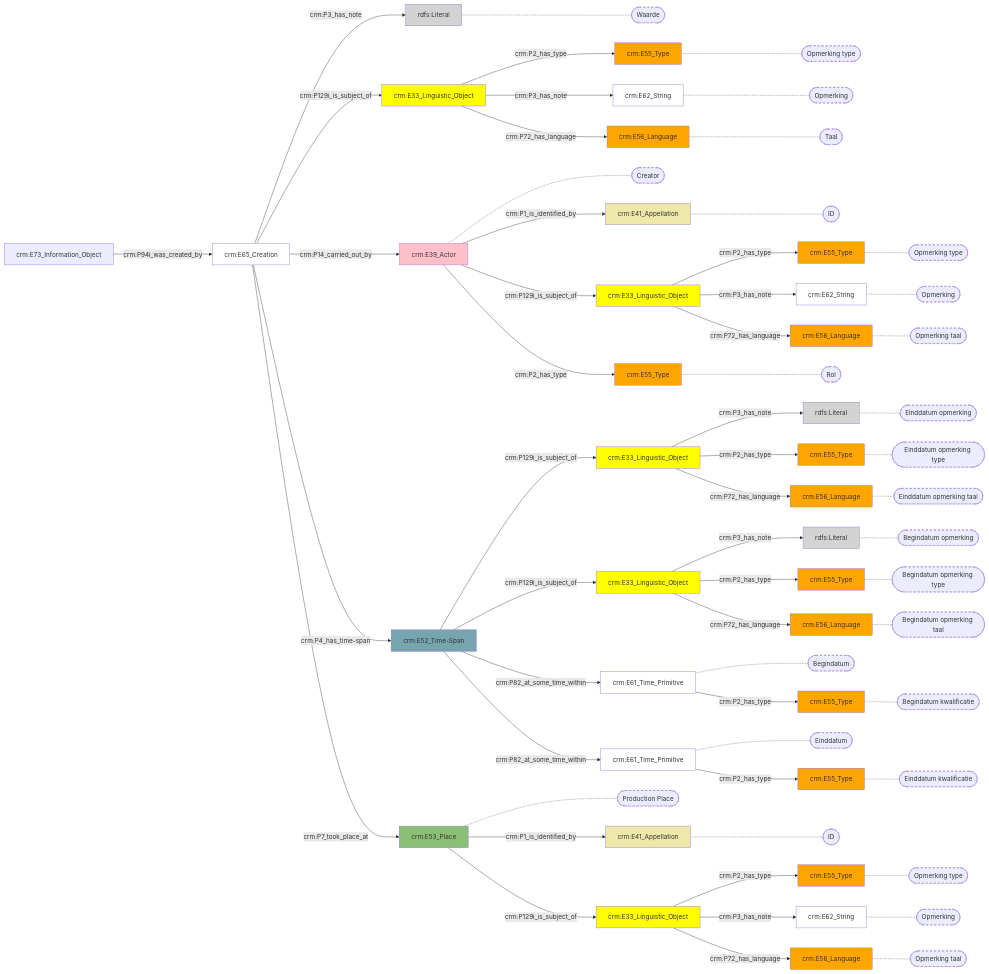
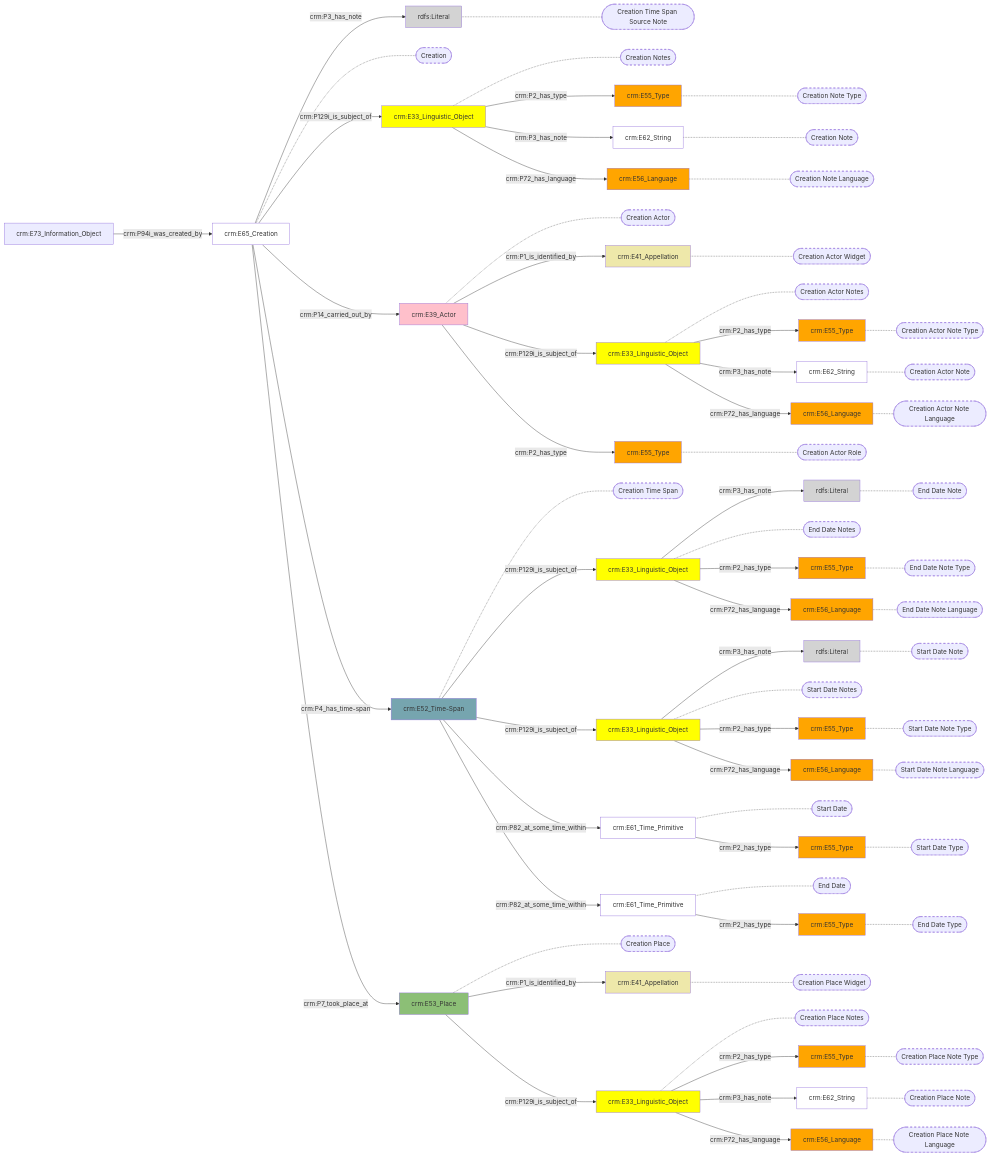
One commit to digipolisantwerpdocumentation/antwerp-cultureel-erfgoed changed the diagram in docs/content/modellen/ArchiefItemImmaterieel/Creatie.md. Above: the diagram before and after it, drawn with Mermaid. The commit also changed 167 other files, not shown here.

```diff
--- a/docs/content/modellen/ArchiefItemImmaterieel/Creatie.md
+++ b/docs/content/modellen/ArchiefItemImmaterieel/Creatie.md
@@ -3,56 +3,38 @@
 2f62e096-a5fe-11ec-b19f-9cf387da2c40["crm:E65_Creation"]-->|"crm:P3_has_note"|2f6242a8-a5fe-11ec-b19f-9cf387da2c40(rdfs:Literal)
 2f6384ba-a5fe-11ec-b19f-9cf387da2c40["crm:E33_Linguistic_Object"]-->|"crm:P3_has_note"|2f638a8c-a5fe-11ec-b19f-9cf387da2c40(rdfs:Literal)
 2f638cd0-a5fe-11ec-b19f-9cf387da2c40["crm:E33_Linguistic_Object"]-->|"crm:P3_has_note"|2f63835c-a5fe-11ec-b19f-9cf387da2c40(rdfs:Literal)
-2f638848-a5fe-11ec-b19f-9cf387da2c40["crm:E61_Time_Primitive"]-.-2f638848-a5fe-11ec-b19f-9cf387da2c40_s(["Begindatum"])
-2f638c44-a5fe-11ec-b19f-9cf387da2c40["crm:E61_Time_Primitive"]-.-2f638c44-a5fe-11ec-b19f-9cf387da2c40_s(["Einddatum"])
-2f636f8e-a5fe-11ec-b19f-9cf387da2c40["crm:E55_Type"]-.-2f636f8e-a5fe-11ec-b19f-9cf387da2c40_s(["Opmerking type"])
-2f6368ae-a5fe-11ec-b19f-9cf387da2c40["crm:E62_String"]-.-2f6368ae-a5fe-11ec-b19f-9cf387da2c40_s(["Opmerking"])
-2f638186-a5fe-11ec-b19f-9cf387da2c40["crm:E56_Language"]-.-2f638186-a5fe-11ec-b19f-9cf387da2c40_s(["Taal"])
-2f63867c-a5fe-11ec-b19f-9cf387da2c40["crm:E41_Appellation"]-.-2f63867c-a5fe-11ec-b19f-9cf387da2c40_s(["ID"])
-2f6382c6-a5fe-11ec-b19f-9cf387da2c40["crm:E41_Appellation"]-.-2f6382c6-a5fe-11ec-b19f-9cf387da2c40_s(["ID"])
-2f63940a-a5fe-11ec-b19f-9cf387da2c40["crm:E55_Type"]-.-2f63940a-a5fe-11ec-b19f-9cf387da2c40_s(["Rol"])
-2f62d240-a5fe-11ec-b19f-9cf387da2c40["crm:E39_Actor"]-.-2f62d240-a5fe-11ec-b19f-9cf387da2c40_s(["Creator"])
-2f6242a8-a5fe-11ec-b19f-9cf387da2c40["rdfs:Literal"]-.-2f6242a8-a5fe-11ec-b19f-9cf387da2c40_s(["Waarde"])
-2f62c5a2-a5fe-11ec-b19f-9cf387da2c40["crm:E53_Place"]-.-2f62c5a2-a5fe-11ec-b19f-9cf387da2c40_s(["Production Place"])
-2f638712-a5fe-11ec-b19f-9cf387da2c40["crm:E55_Type"]-.-2f638712-a5fe-11ec-b19f-9cf387da2c40_s(["Opmerking type"])
-2f6385dc-a5fe-11ec-b19f-9cf387da2c40["crm:E62_String"]-.-2f6385dc-a5fe-11ec-b19f-9cf387da2c40_s(["Opmerking"])
-2f638bae-a5fe-11ec-b19f-9cf387da2c40["crm:E56_Language"]-.-2f638bae-a5fe-11ec-b19f-9cf387da2c40_s(["Opmerking taal"])
-2f638dfc-a5fe-11ec-b19f-9cf387da2c40["crm:E55_Type"]-.-2f638dfc-a5fe-11ec-b19f-9cf387da2c40_s(["Einddatum opmerking type"])
-2f638a8c-a5fe-11ec-b19f-9cf387da2c40["rdfs:Literal"]-.-2f638a8c-a5fe-11ec-b19f-9cf387da2c40_s(["Einddatum opmerking"])
-2f638550-a5fe-11ec-b19f-9cf387da2c40["crm:E56_Language"]-.-2f638550-a5fe-11ec-b19f-9cf387da2c40_s(["Einddatum opmerking taal"])
-2f638424-a5fe-11ec-b19f-9cf387da2c40["crm:E55_Type"]-.-2f638424-a5fe-11ec-b19f-9cf387da2c40_s(["Begindatum kwalificatie"])
-2f639252-a5fe-11ec-b19f-9cf387da2c40["crm:E55_Type"]-.-2f639252-a5fe-11ec-b19f-9cf387da2c40_s(["Opmerking type"])
-2f638b22-a5fe-11ec-b19f-9cf387da2c40["crm:E62_String"]-.-2f638b22-a5fe-11ec-b19f-9cf387da2c40_s(["Opmerking"])
-2f63954a-a5fe-11ec-b19f-9cf387da2c40["crm:E56_Language"]-.-2f63954a-a5fe-11ec-b19f-9cf387da2c40_s(["Opmerking taal"])
-2f6388d4-a5fe-11ec-b19f-9cf387da2c40["crm:E55_Type"]-.-2f6388d4-a5fe-11ec-b19f-9cf387da2c40_s(["Einddatum kwalificatie"])
-2f6380e6-a5fe-11ec-b19f-9cf387da2c40["crm:E55_Type"]-.-2f6380e6-a5fe-11ec-b19f-9cf387da2c40_s(["Begindatum opmerking type"])
-2f63835c-a5fe-11ec-b19f-9cf387da2c40["rdfs:Literal"]-.-2f63835c-a5fe-11ec-b19f-9cf387da2c40_s(["Begindatum opmerking"])
-2f6389f6-a5fe-11ec-b19f-9cf387da2c40["crm:E56_Language"]-.-2f6389f6-a5fe-11ec-b19f-9cf387da2c40_s(["Begindatum opmerking taal"])
-style 2f638848-a5fe-11ec-b19f-9cf387da2c40_s stroke-dasharray: 5
-style 2f638c44-a5fe-11ec-b19f-9cf387da2c40_s stroke-dasharray: 5
-style 2f636f8e-a5fe-11ec-b19f-9cf387da2c40_s stroke-dasharray: 5
-style 2f6368ae-a5fe-11ec-b19f-9cf387da2c40_s stroke-dasharray: 5
-style 2f638186-a5fe-11ec-b19f-9cf387da2c40_s stroke-dasharray: 5
-style 2f63867c-a5fe-11ec-b19f-9cf387da2c40_s stroke-dasharray: 5
-style 2f6382c6-a5fe-11ec-b19f-9cf387da2c40_s stroke-dasharray: 5
-style 2f63940a-a5fe-11ec-b19f-9cf387da2c40_s stroke-dasharray: 5
-style 2f62d240-a5fe-11ec-b19f-9cf387da2c40_s stroke-dasharray: 5
-style 2f6242a8-a5fe-11ec-b19f-9cf387da2c40_s stroke-dasharray: 5
-style 2f62c5a2-a5fe-11ec-b19f-9cf387da2c40_s stroke-dasharray: 5
-style 2f638712-a5fe-11ec-b19f-9cf387da2c40_s stroke-dasharray: 5
-style 2f6385dc-a5fe-11ec-b19f-9cf387da2c40_s stroke-dasharray: 5
-style 2f638bae-a5fe-11ec-b19f-9cf387da2c40_s stroke-dasharray: 5
-style 2f638dfc-a5fe-11ec-b19f-9cf387da2c40_s stroke-dasharray: 5
-style 2f638a8c-a5fe-11ec-b19f-9cf387da2c40_s stroke-dasharray: 5
-style 2f638550-a5fe-11ec-b19f-9cf387da2c40_s stroke-dasharray: 5
-style 2f638424-a5fe-11ec-b19f-9cf387da2c40_s stroke-dasharray: 5
-style 2f639252-a5fe-11ec-b19f-9cf387da2c40_s stroke-dasharray: 5
-style 2f638b22-a5fe-11ec-b19f-9cf387da2c40_s stroke-dasharray: 5
-style 2f63954a-a5fe-11ec-b19f-9cf387da2c40_s stroke-dasharray: 5
-style 2f6388d4-a5fe-11ec-b19f-9cf387da2c40_s stroke-dasharray: 5
-style 2f6380e6-a5fe-11ec-b19f-9cf387da2c40_s stroke-dasharray: 5
-style 2f63835c-a5fe-11ec-b19f-9cf387da2c40_s stroke-dasharray: 5
-style 2f6389f6-a5fe-11ec-b19f-9cf387da2c40_s stroke-dasharray: 5
+2f6384ba-a5fe-11ec-b19f-9cf387da2c40["crm:E33_Linguistic_Object"]-.-2f6384ba-a5fe-11ec-b19f-9cf387da2c40_s(["End Date Notes"])
+2f638cd0-a5fe-11ec-b19f-9cf387da2c40["crm:E33_Linguistic_Object"]-.-2f638cd0-a5fe-11ec-b19f-9cf387da2c40_s(["Start Date Notes"])
+2f638848-a5fe-11ec-b19f-9cf387da2c40["crm:E61_Time_Primitive"]-.-2f638848-a5fe-11ec-b19f-9cf387da2c40_s(["Start Date"])
+2f638c44-a5fe-11ec-b19f-9cf387da2c40["crm:E61_Time_Primitive"]-.-2f638c44-a5fe-11ec-b19f-9cf387da2c40_s(["End Date"])
+2f636f8e-a5fe-11ec-b19f-9cf387da2c40["crm:E55_Type"]-.-2f636f8e-a5fe-11ec-b19f-9cf387da2c40_s(["Creation Note Type"])
+2f6368ae-a5fe-11ec-b19f-9cf387da2c40["crm:E62_String"]-.-2f6368ae-a5fe-11ec-b19f-9cf387da2c40_s(["Creation Note"])
+2f638186-a5fe-11ec-b19f-9cf387da2c40["crm:E56_Language"]-.-2f638186-a5fe-11ec-b19f-9cf387da2c40_s(["Creation Note Language"])
+2f63867c-a5fe-11ec-b19f-9cf387da2c40["crm:E41_Appellation"]-.-2f63867c-a5fe-11ec-b19f-9cf387da2c40_s(["Creation Place Widget"])
+2f63896a-a5fe-11ec-b19f-9cf387da2c40["crm:E33_Linguistic_Object"]-.-2f63896a-a5fe-11ec-b19f-9cf387da2c40_s(["Creation Place Notes"])
+2f6382c6-a5fe-11ec-b19f-9cf387da2c40["crm:E41_Appellation"]-.-2f6382c6-a5fe-11ec-b19f-9cf387da2c40_s(["Creation Actor Widget"])
+2f638230-a5fe-11ec-b19f-9cf387da2c40["crm:E33_Linguistic_Object"]-.-2f638230-a5fe-11ec-b19f-9cf387da2c40_s(["Creation Actor Notes"])
+2f63940a-a5fe-11ec-b19f-9cf387da2c40["crm:E55_Type"]-.-2f63940a-a5fe-11ec-b19f-9cf387da2c40_s(["Creation Actor Role"])
+2f62b990-a5fe-11ec-b19f-9cf387da2c40["crm:E33_Linguistic_Object"]-.-2f62b990-a5fe-11ec-b19f-9cf387da2c40_s(["Creation Notes"])
+2f62d240-a5fe-11ec-b19f-9cf387da2c40["crm:E39_Actor"]-.-2f62d240-a5fe-11ec-b19f-9cf387da2c40_s(["Creation Actor"])
+2f6242a8-a5fe-11ec-b19f-9cf387da2c40["rdfs:Literal"]-.-2f6242a8-a5fe-11ec-b19f-9cf387da2c40_s(["Creation Time Span Source Note"])
+2f62ac52-a5fe-11ec-b19f-9cf387da2c40["crm:E52_Time-Span"]-.-2f62ac52-a5fe-11ec-b19f-9cf387da2c40_s(["Creation Time Span"])
+2f62c5a2-a5fe-11ec-b19f-9cf387da2c40["crm:E53_Place"]-.-2f62c5a2-a5fe-11ec-b19f-9cf387da2c40_s(["Creation Place"])
+2f638712-a5fe-11ec-b19f-9cf387da2c40["crm:E55_Type"]-.-2f638712-a5fe-11ec-b19f-9cf387da2c40_s(["Creation Actor Note Type"])
+2f6385dc-a5fe-11ec-b19f-9cf387da2c40["crm:E62_String"]-.-2f6385dc-a5fe-11ec-b19f-9cf387da2c40_s(["Creation Actor Note"])
+2f638bae-a5fe-11ec-b19f-9cf387da2c40["crm:E56_Language"]-.-2f638bae-a5fe-11ec-b19f-9cf387da2c40_s(["Creation Actor Note Language"])
+2f638dfc-a5fe-11ec-b19f-9cf387da2c40["crm:E55_Type"]-.-2f638dfc-a5fe-11ec-b19f-9cf387da2c40_s(["End Date Note Type"])
+2f638a8c-a5fe-11ec-b19f-9cf387da2c40["rdfs:Literal"]-.-2f638a8c-a5fe-11ec-b19f-9cf387da2c40_s(["End Date Note"])
+2f638550-a5fe-11ec-b19f-9cf387da2c40["crm:E56_Language"]-.-2f638550-a5fe-11ec-b19f-9cf387da2c40_s(["End Date Note Language"])
+2f638424-a5fe-11ec-b19f-9cf387da2c40["crm:E55_Type"]-.-2f638424-a5fe-11ec-b19f-9cf387da2c40_s(["Start Date Type"])
+2f639252-a5fe-11ec-b19f-9cf387da2c40["crm:E55_Type"]-.-2f639252-a5fe-11ec-b19f-9cf387da2c40_s(["Creation Place Note Type"])
+2f638b22-a5fe-11ec-b19f-9cf387da2c40["crm:E62_String"]-.-2f638b22-a5fe-11ec-b19f-9cf387da2c40_s(["Creation Place Note"])
+2f63954a-a5fe-11ec-b19f-9cf387da2c40["crm:E56_Language"]-.-2f63954a-a5fe-11ec-b19f-9cf387da2c40_s(["Creation Place Note Language"])
+2f6388d4-a5fe-11ec-b19f-9cf387da2c40["crm:E55_Type"]-.-2f6388d4-a5fe-11ec-b19f-9cf387da2c40_s(["End Date Type"])
+2f6380e6-a5fe-11ec-b19f-9cf387da2c40["crm:E55_Type"]-.-2f6380e6-a5fe-11ec-b19f-9cf387da2c40_s(["Start Date Note Type"])
+2f63835c-a5fe-11ec-b19f-9cf387da2c40["rdfs:Literal"]-.-2f63835c-a5fe-11ec-b19f-9cf387da2c40_s(["Start Date Note"])
+2f6389f6-a5fe-11ec-b19f-9cf387da2c40["crm:E56_Language"]-.-2f6389f6-a5fe-11ec-b19f-9cf387da2c40_s(["Start Date Note Language"])
+2f62e096-a5fe-11ec-b19f-9cf387da2c40["crm:E65_Creation"]-.-2f62e096-a5fe-11ec-b19f-9cf387da2c40_s(["Creation"])
 2f62ac52-a5fe-11ec-b19f-9cf387da2c40["crm:E52_Time-Span"]-->|"crm:P129i_is_subject_of"|2f6384ba-a5fe-11ec-b19f-9cf387da2c40["crm:E33_Linguistic_Object"]
 2f62ac52-a5fe-11ec-b19f-9cf387da2c40["crm:E52_Time-Span"]-->|"crm:P129i_is_subject_of"|2f638cd0-a5fe-11ec-b19f-9cf387da2c40["crm:E33_Linguistic_Object"]
 2f62ac52-a5fe-11ec-b19f-9cf387da2c40["crm:E52_Time-Span"]-->|"crm:P82_at_some_time_within"|2f638848-a5fe-11ec-b19f-9cf387da2c40["crm:E61_Time_Primitive"]
@@ -82,6 +64,38 @@
 2f638cd0-a5fe-11ec-b19f-9cf387da2c40["crm:E33_Linguistic_Object"]-->|"crm:P2_has_type"|2f6380e6-a5fe-11ec-b19f-9cf387da2c40["crm:E55_Type"]
 2f638cd0-a5fe-11ec-b19f-9cf387da2c40["crm:E33_Linguistic_Object"]-->|"crm:P72_has_language"|2f6389f6-a5fe-11ec-b19f-9cf387da2c40["crm:E56_Language"]
 2f63ae40-a5fe-11ec-b19f-9cf387da2c40["crm:E73_Information_Object"]-->|"crm:P94i_was_created_by"|2f62e096-a5fe-11ec-b19f-9cf387da2c40["crm:E65_Creation"]
+style 2f6384ba-a5fe-11ec-b19f-9cf387da2c40_s stroke-dasharray: 5
+style 2f638cd0-a5fe-11ec-b19f-9cf387da2c40_s stroke-dasharray: 5
+style 2f638848-a5fe-11ec-b19f-9cf387da2c40_s stroke-dasharray: 5
+style 2f638c44-a5fe-11ec-b19f-9cf387da2c40_s stroke-dasharray: 5
+style 2f636f8e-a5fe-11ec-b19f-9cf387da2c40_s stroke-dasharray: 5
+style 2f6368ae-a5fe-11ec-b19f-9cf387da2c40_s stroke-dasharray: 5
+style 2f638186-a5fe-11ec-b19f-9cf387da2c40_s stroke-dasharray: 5
+style 2f63867c-a5fe-11ec-b19f-9cf387da2c40_s stroke-dasharray: 5
+style 2f63896a-a5fe-11ec-b19f-9cf387da2c40_s stroke-dasharray: 5
+style 2f6382c6-a5fe-11ec-b19f-9cf387da2c40_s stroke-dasharray: 5
+style 2f638230-a5fe-11ec-b19f-9cf387da2c40_s stroke-dasharray: 5
+style 2f63940a-a5fe-11ec-b19f-9cf387da2c40_s stroke-dasharray: 5
+style 2f62b990-a5fe-11ec-b19f-9cf387da2c40_s stroke-dasharray: 5
+style 2f62d240-a5fe-11ec-b19f-9cf387da2c40_s stroke-dasharray: 5
+style 2f6242a8-a5fe-11ec-b19f-9cf387da2c40_s stroke-dasharray: 5
+style 2f62ac52-a5fe-11ec-b19f-9cf387da2c40_s stroke-dasharray: 5
+style 2f62c5a2-a5fe-11ec-b19f-9cf387da2c40_s stroke-dasharray: 5
+style 2f638712-a5fe-11ec-b19f-9cf387da2c40_s stroke-dasharray: 5
+style 2f6385dc-a5fe-11ec-b19f-9cf387da2c40_s stroke-dasharray: 5
+style 2f638bae-a5fe-11ec-b19f-9cf387da2c40_s stroke-dasharray: 5
+style 2f638dfc-a5fe-11ec-b19f-9cf387da2c40_s stroke-dasharray: 5
+style 2f638a8c-a5fe-11ec-b19f-9cf387da2c40_s stroke-dasharray: 5
+style 2f638550-a5fe-11ec-b19f-9cf387da2c40_s stroke-dasharray: 5
+style 2f638424-a5fe-11ec-b19f-9cf387da2c40_s stroke-dasharray: 5
+style 2f639252-a5fe-11ec-b19f-9cf387da2c40_s stroke-dasharray: 5
+style 2f638b22-a5fe-11ec-b19f-9cf387da2c40_s stroke-dasharray: 5
+style 2f63954a-a5fe-11ec-b19f-9cf387da2c40_s stroke-dasharray: 5
+style 2f6388d4-a5fe-11ec-b19f-9cf387da2c40_s stroke-dasharray: 5
+style 2f6380e6-a5fe-11ec-b19f-9cf387da2c40_s stroke-dasharray: 5
+style 2f63835c-a5fe-11ec-b19f-9cf387da2c40_s stroke-dasharray: 5
+style 2f6389f6-a5fe-11ec-b19f-9cf387da2c40_s stroke-dasharray: 5
+style 2f62e096-a5fe-11ec-b19f-9cf387da2c40_s stroke-dasharray: 5
 style 2f6242a8-a5fe-11ec-b19f-9cf387da2c40 fill:#D3D3D3
 style 2f62ac52-a5fe-11ec-b19f-9cf387da2c40 fill:#76A5AF
 style 2f62b990-a5fe-11ec-b19f-9cf387da2c40 fill:#ffff00
```
